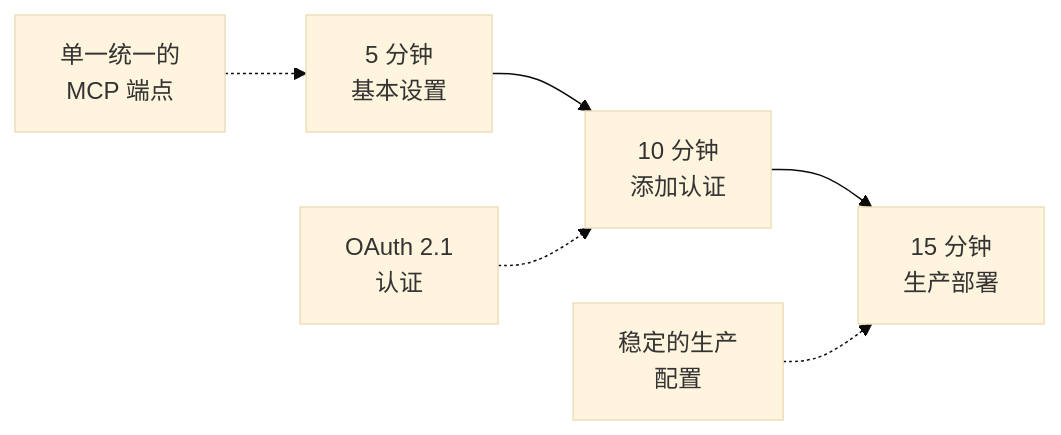
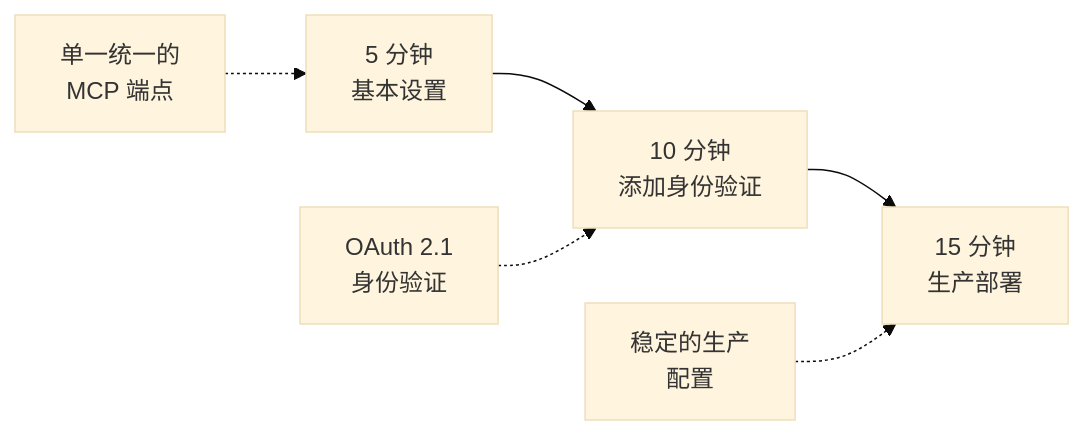
One commit to 1mcp-app/agent changed the diagram in docs/zh/guide/getting-started.md. Above: the diagram before and after it, drawn with Mermaid (base theme). The commit also changed other lines of this file and 82 other files, not shown here.

````diff
--- a/docs/zh/guide/getting-started.md
+++ b/docs/zh/guide/getting-started.md
@@ -7,9 +24,9 @@
 ```mermaid
 graph LR
-    A[5 分钟<br/>基本设置] --> B[10 分钟<br/>添加认证]
+    A[5 分钟<br/>基本设置] --> B[10 分钟<br/>添加身份验证]
     B --> C[15 分钟<br/>生产部署]
 
     A1[单一统一的<br/>MCP 端点] -.-> A
-    B1[OAuth 2.1<br/>认证] -.-> B
+    B1[OAuth 2.1<br/>身份验证] -.-> B
     C1[稳定的生产<br/>配置] -.-> C
 ```
````
